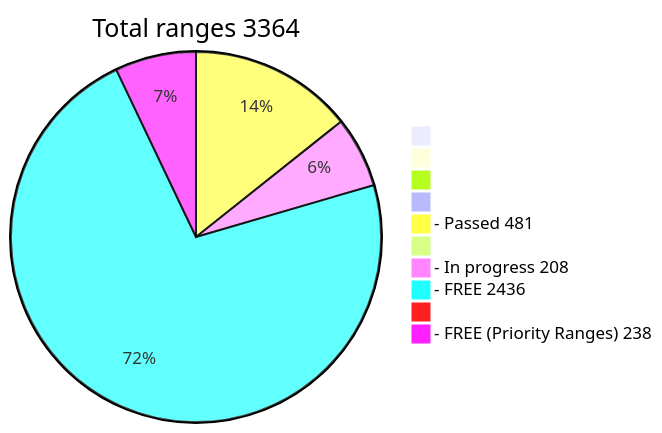
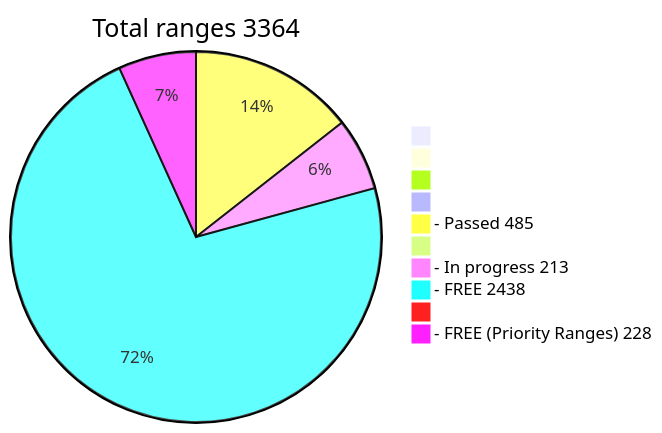
The diagram in README.md (phrutis/wif500), drawn with Mermaid before and after one commit.

````diff
--- a/README.md
+++ b/README.md
@@ -16,13 +16,13 @@
 ```mermaid
 pie title Total ranges 3364
              " " : 0
             "  " : 0
            "   " : 0
           "    " : 0
-  "- Passed 481" : 481
+  "- Passed 485" : 485
          "     " : 0
-  "- In progress 208" : 208
-   "- FREE 2436" : 2436
+  "- In progress 213" : 213
+   "- FREE 2438" : 2438
         "      " : 0
-  "- FREE (Priority Ranges) 238" : 238
+  "- FREE (Priority Ranges) 228" : 228
 ```
````
